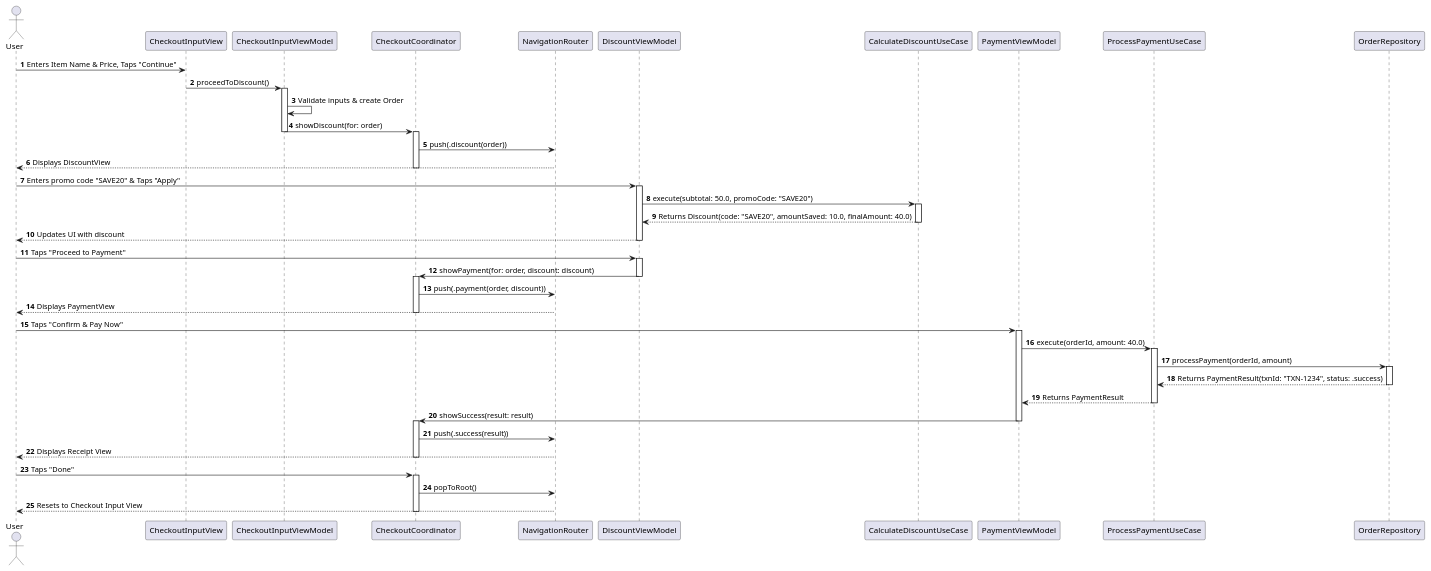
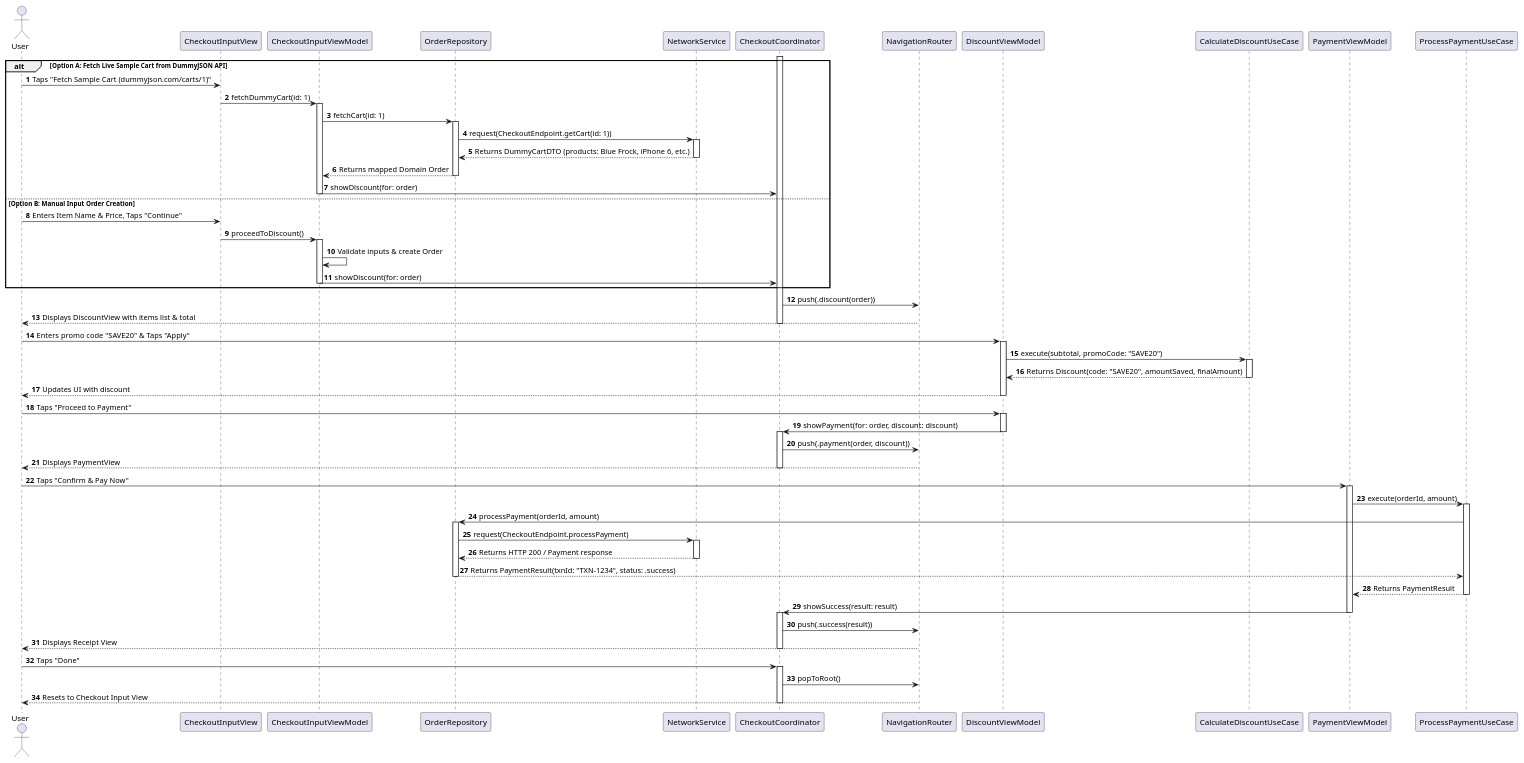
The diagram in Diagrams/03_sequence_diagram.puml (lwrnczeng/MVVMC-Blueprint), drawn with PlantUML before and after one commit. The commit also changed 20 other files, not shown here.

Commit message:
updated code and diagrames

```diff
--- a/Diagrams/03_sequence_diagram.puml
+++ b/Diagrams/03_sequence_diagram.puml
@@ -1,66 +1,88 @@
 @startuml SequenceDiagram
 autonumber
 actor User
 participant CheckoutInputView as View
 participant CheckoutInputViewModel as VM
+participant OrderRepository as Repo
+participant NetworkService as NetService
 participant CheckoutCoordinator as Coord
 participant NavigationRouter as Router
 participant DiscountViewModel as DiscVM
 participant CalculateDiscountUseCase as UseCase
 participant PaymentViewModel as PayVM
 participant ProcessPaymentUseCase as PayUseCase
-participant OrderRepository as Repo
 
-User -> View: Enters Item Name & Price, Taps "Continue"
-View -> VM: proceedToDiscount()
-activate VM
-VM -> VM: Validate inputs & create Order
-VM -> Coord: showDiscount(for: order)
-deactivate VM
+alt Option A: Fetch Live Sample Cart from DummyJSON API
+    User -> View: Taps "Fetch Sample Cart (dummyjson.com/carts/1)"
+    View -> VM: fetchDummyCart(id: 1)
+    activate VM
+    VM -> Repo: fetchCart(id: 1)
+    activate Repo
+    Repo -> NetService: request(CheckoutEndpoint.getCart(id: 1))
+    activate NetService
+    NetService --> Repo: Returns DummyCartDTO (products: Blue Frock, iPhone 6, etc.)
+    deactivate NetService
+    Repo --> VM: Returns mapped Domain Order
+    deactivate Repo
+    VM -> Coord: showDiscount(for: order)
+    deactivate VM
+else Option B: Manual Input Order Creation
+    User -> View: Enters Item Name & Price, Taps "Continue"
+    View -> VM: proceedToDiscount()
+    activate VM
+    VM -> VM: Validate inputs & create Order
+    VM -> Coord: showDiscount(for: order)
+    deactivate VM
+end
+
 activate Coord
 Coord -> Router: push(.discount(order))
-Router --> User: Displays DiscountView
+Router --> User: Displays DiscountView with items list & total
 deactivate Coord
 
 User -> DiscVM: Enters promo code "SAVE20" & Taps "Apply"
 activate DiscVM
-DiscVM -> UseCase: execute(subtotal: 50.0, promoCode: "SAVE20")
+DiscVM -> UseCase: execute(subtotal, promoCode: "SAVE20")
 activate UseCase
-UseCase --> DiscVM: Returns Discount(code: "SAVE20", amountSaved: 10.0, finalAmount: 40.0)
+UseCase --> DiscVM: Returns Discount(code: "SAVE20", amountSaved, finalAmount)
 deactivate UseCase
 DiscVM --> User: Updates UI with discount
 deactivate DiscVM
 
 User -> DiscVM: Taps "Proceed to Payment"
 activate DiscVM
 DiscVM -> Coord: showPayment(for: order, discount: discount)
 deactivate DiscVM
 activate Coord
 Coord -> Router: push(.payment(order, discount))
 Router --> User: Displays PaymentView
 deactivate Coord
 
 User -> PayVM: Taps "Confirm & Pay Now"
 activate PayVM
-PayVM -> PayUseCase: execute(orderId, amount: 40.0)
+PayVM -> PayUseCase: execute(orderId, amount)
 activate PayUseCase
 PayUseCase -> Repo: processPayment(orderId, amount)
 activate Repo
+Repo -> NetService: request(CheckoutEndpoint.processPayment)
+activate NetService
+NetService --> Repo: Returns HTTP 200 / Payment response
+deactivate NetService
 Repo --> PayUseCase: Returns PaymentResult(txnId: "TXN-1234", status: .success)
 deactivate Repo
 PayUseCase --> PayVM: Returns PaymentResult
 deactivate PayUseCase
 PayVM -> Coord: showSuccess(result: result)
 deactivate PayVM
 activate Coord
 Coord -> Router: push(.success(result))
 Router --> User: Displays Receipt View
 deactivate Coord
 
 User -> Coord: Taps "Done"
 activate Coord
 Coord -> Router: popToRoot()
 Router --> User: Resets to Checkout Input View
 deactivate Coord
 
 @enduml
```
